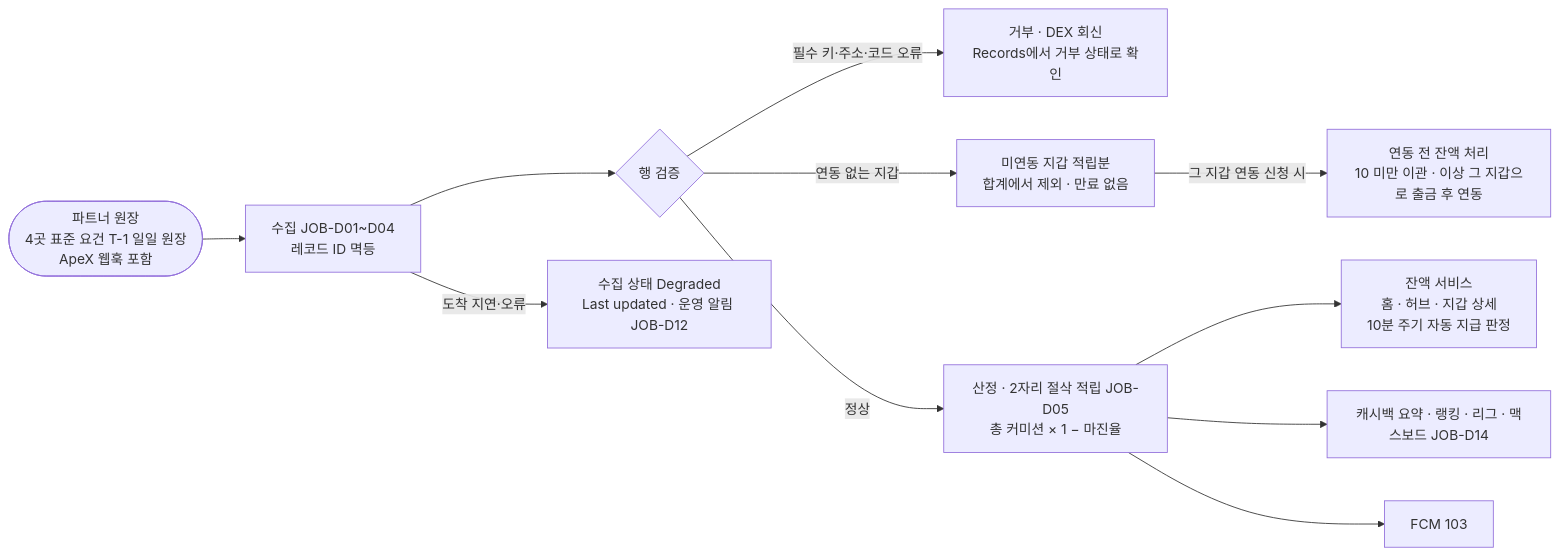
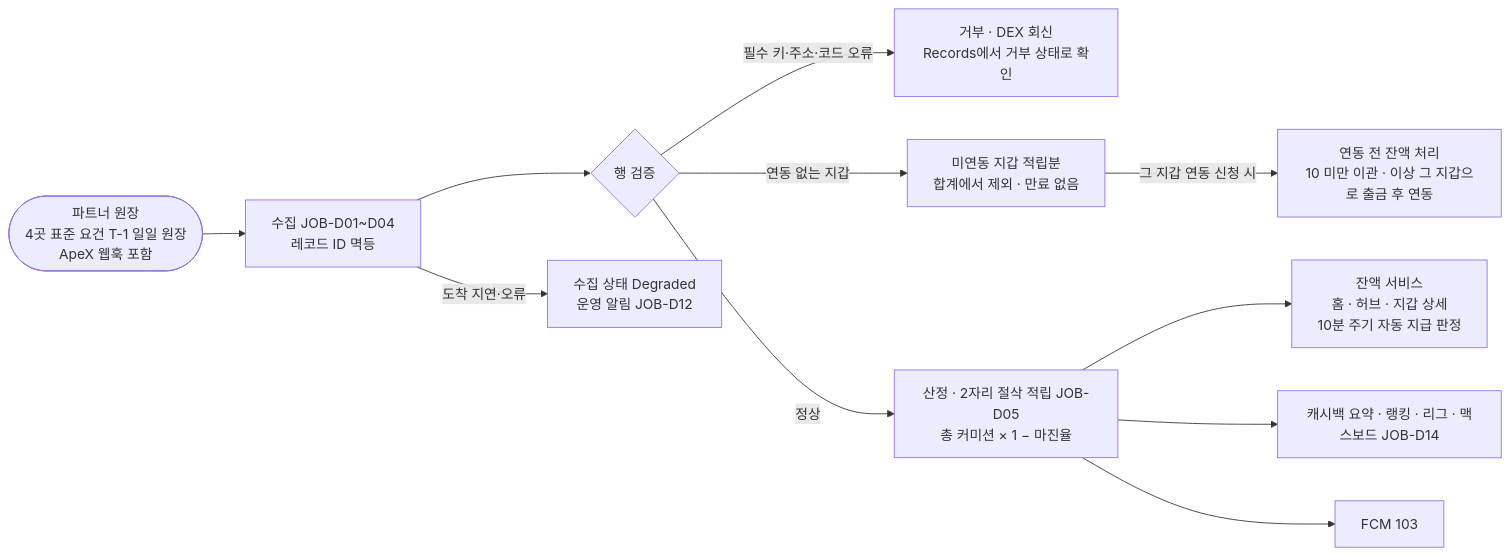
The third of 6 diagrams in 02.기획문서/정보구조도_백오피스.md (matthewforwork1213-collab/dex), drawn with Mermaid before and after one commit. The commit also changed other lines of this file and 19 other files, not shown here.

````diff
--- a/02.기획문서/정보구조도_백오피스.md
+++ b/02.기획문서/정보구조도_백오피스.md
@@ -99,13 +99,13 @@
 ```mermaid
 flowchart LR
     SRC([파트너 원장<br/>4곳 표준 요건 T-1 일일 원장<br/>ApeX 웹훅 포함]) --> IN[수집 JOB-D01~D04<br/>레코드 ID 멱등]
     IN --> VAL{행 검증}
     VAL -->|필수 키·주소·코드 오류| REJ[거부 · DEX 회신<br/>Records에서 거부 상태로 확인]
     VAL -->|연동 없는 지갑| UQ[미연동 지갑 적립분<br/>합계에서 제외 · 만료 없음]
     UQ -->|그 지갑 연동 신청 시| ALL[연동 전 잔액 처리<br/>10 미만 이관 · 이상 그 지갑으로 출금 후 연동]
     VAL -->|정상| CAL[산정 · 2자리 절삭 적립 JOB-D05<br/>총 커미션 × 1 − 마진율]
     CAL --> BAL[잔액 서비스<br/>홈 · 허브 · 지갑 상세<br/>10분 주기 자동 지급 판정]
     CAL --> SUM[캐시백 요약 · 랭킹 · 리그 · 맥스보드 JOB-D14]
     CAL --> N[FCM 103]
-    IN -->|도착 지연·오류| DEG[수집 상태 Degraded<br/>Last updated · 운영 알림 JOB-D12]
+    IN -->|도착 지연·오류| DEG[수집 상태 Degraded<br/>운영 알림 JOB-D12]
 ```
````
